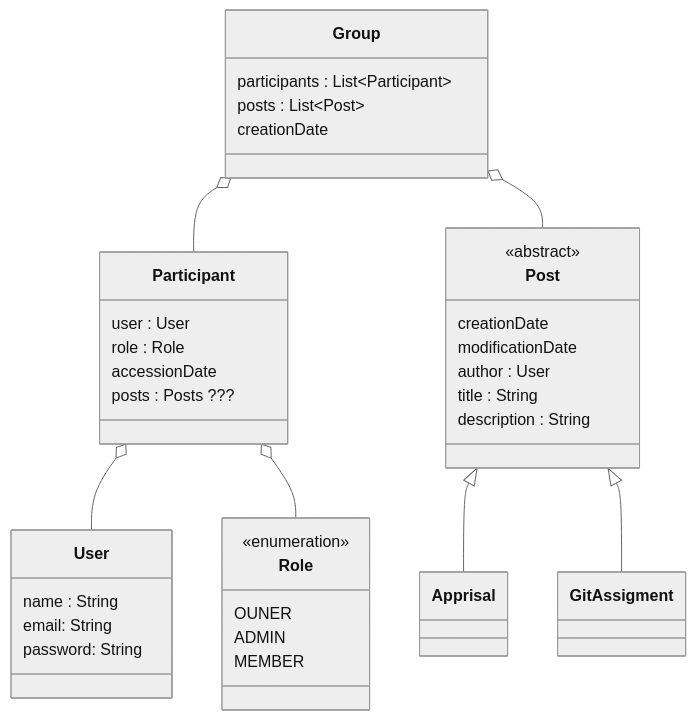
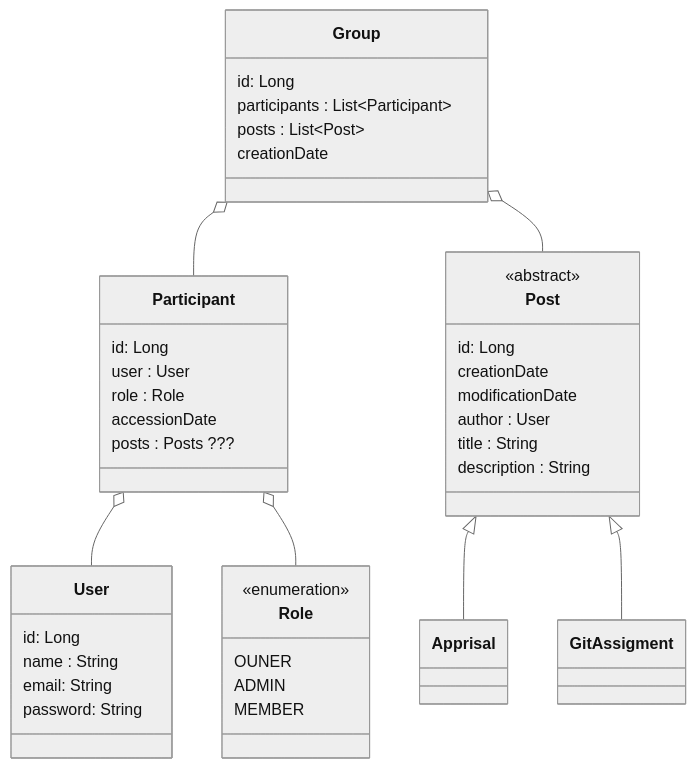
The diagram in docs/Class diagram.md (Cub-IT/.github), drawn with Mermaid (neutral theme) before and after one commit.

Commit message:
Update Class diagram.md

````diff
--- a/docs/Class diagram.md
+++ b/docs/Class diagram.md
@@ -1,46 +1,50 @@
 ```mermaid
 classDiagram
     Participant o-- User
     Participant o-- Role
     Group o-- Participant
     Group o-- Post
     Post <|-- Apprisal
     Post <|-- GitAssigment
 
     class User {
+        id: Long
         name : String
         email: String
         password: String
     }
     class Participant {
+        id: Long
         user : User
         role : Role
         accessionDate
         posts : Posts ???
     }
     class Role {
         <<enumeration>>
         OUNER
         ADMIN
         MEMBER
     }
     class Group {
+        id: Long
         participants : List~Participant~
         posts : List~Post~
         creationDate
     }
     class Post {
         <<abstract>>
+        id: Long
         creationDate
         modificationDate
         author : User
         title : String
         description : String
     }
     class Apprisal{
 
     }
     class GitAssigment {
 
     }
 ```
````
